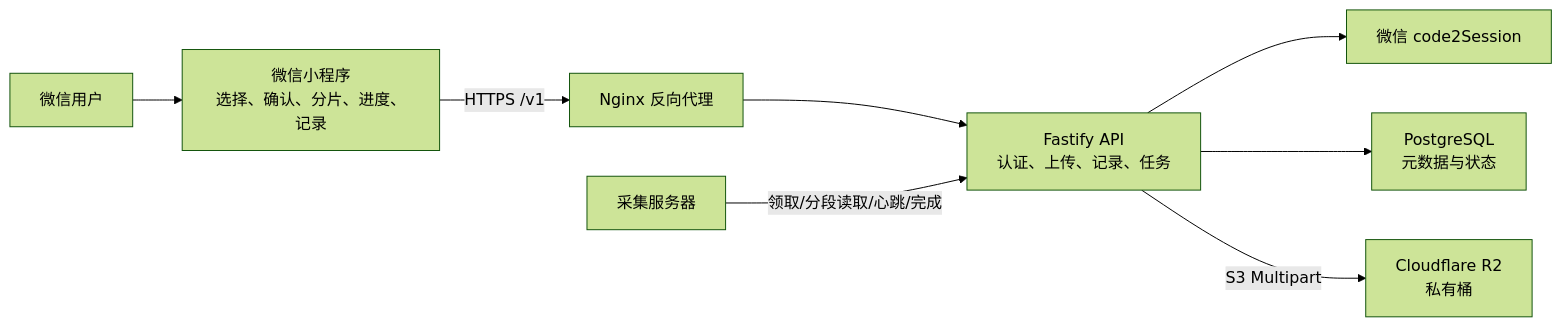
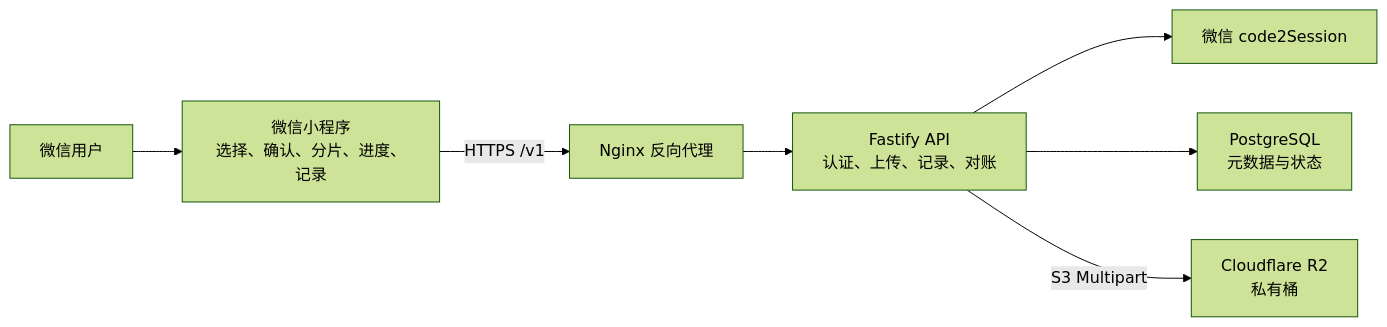
The first of 3 diagrams in docs/superpowers/specs/2026-07-14-wechat-private-media-upload-design.md (knighterrantsky/wxmp), drawn with Mermaid (forest theme) before and after one commit. The commit also changed other lines of this file and 2 other files, not shown here.

````diff
--- a/docs/superpowers/specs/2026-07-14-wechat-private-media-upload-design.md
+++ b/docs/superpowers/specs/2026-07-14-wechat-private-media-upload-design.md
@@ -68,10 +65,9 @@
 ```mermaid
 flowchart LR
     U["微信用户"] --> MP["微信小程序\n选择、确认、分片、进度、记录"]
     MP -->|"HTTPS /v1"| RP["Nginx 反向代理"]
-    RP --> API["Fastify API\n认证、上传、记录、任务"]
+    RP --> API["Fastify API\n认证、上传、记录、对账"]
     API --> WX["微信 code2Session"]
     API --> PG["PostgreSQL\n元数据与状态"]
     API -->|"S3 Multipart"| R2["Cloudflare R2\n私有桶"]
-    COL["采集服务器"] -->|"领取/分段读取/心跳/完成"| API
 ```
````
